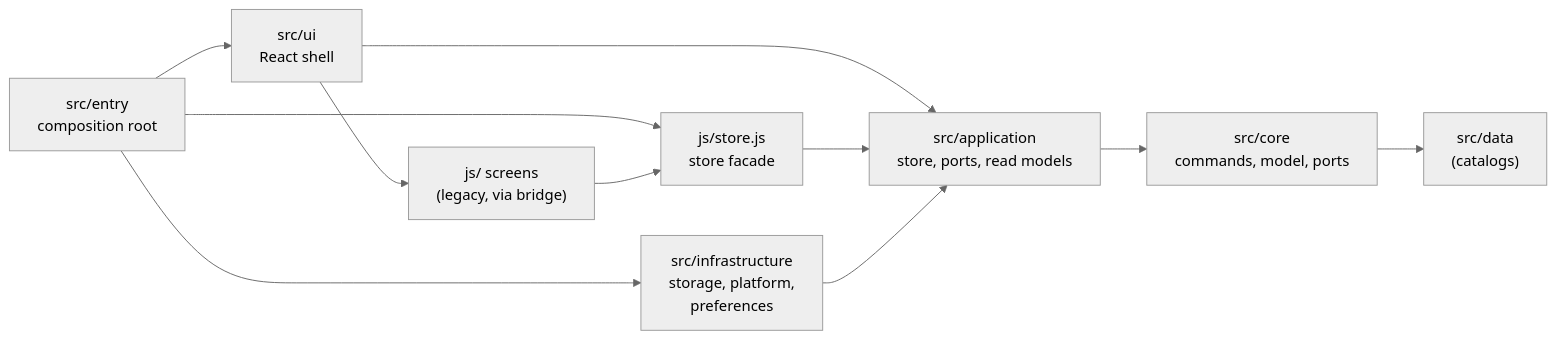
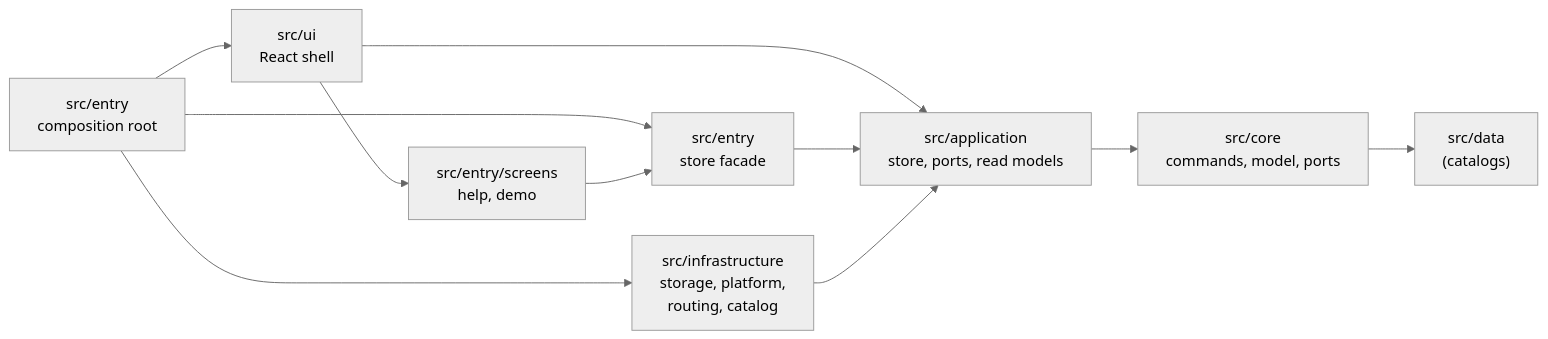
Before and after one commit to hose1021/grimoria: the diagram in docs/architecture.md, drawn with Mermaid (neutral theme). The commit also changed other lines of this file and 137 other files, not shown here.

````diff
--- a/docs/architecture.md
+++ b/docs/architecture.md
@@ -8,13 +8,13 @@
 ```mermaid
 flowchart LR
   boot["src/entry<br/>composition root"] --> shell["src/ui<br/>React shell"]
-  boot --> store["js/store.js<br/>store facade"]
-  boot --> infra["src/infrastructure<br/>storage, platform,<br/>preferences"]
-  shell --> legacy["js/ screens<br/>(legacy, via bridge)"]
+  boot --> store["src/entry<br/>store facade"]
+  boot --> infra["src/infrastructure<br/>storage, platform,<br/>routing, catalog"]
+  shell --> dom["src/entry/screens<br/>help, demo"]
   shell --> app["src/application<br/>store, ports, read models"]
-  legacy --> store
+  dom --> store
   store --> app
   infra --> app
   app --> core["src/core<br/>commands, model, ports"]
   core --> data["src/data<br/>(catalogs)"]
 ```
````
